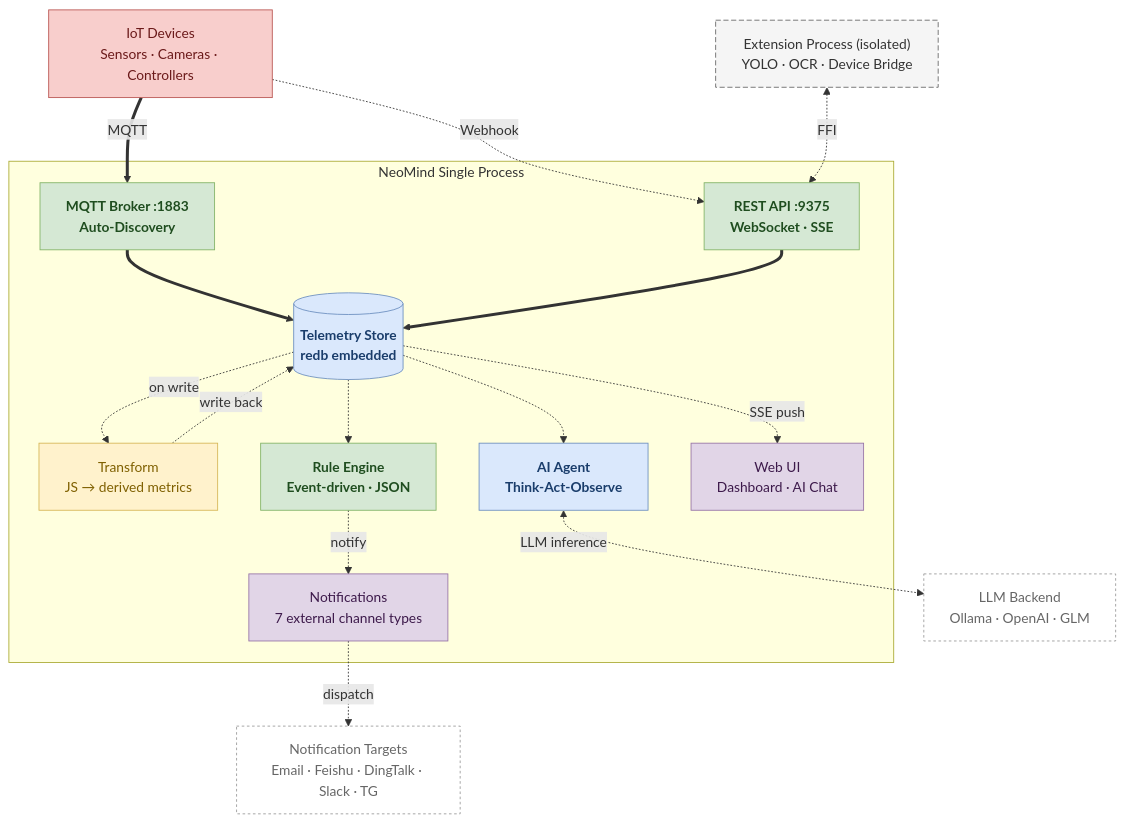
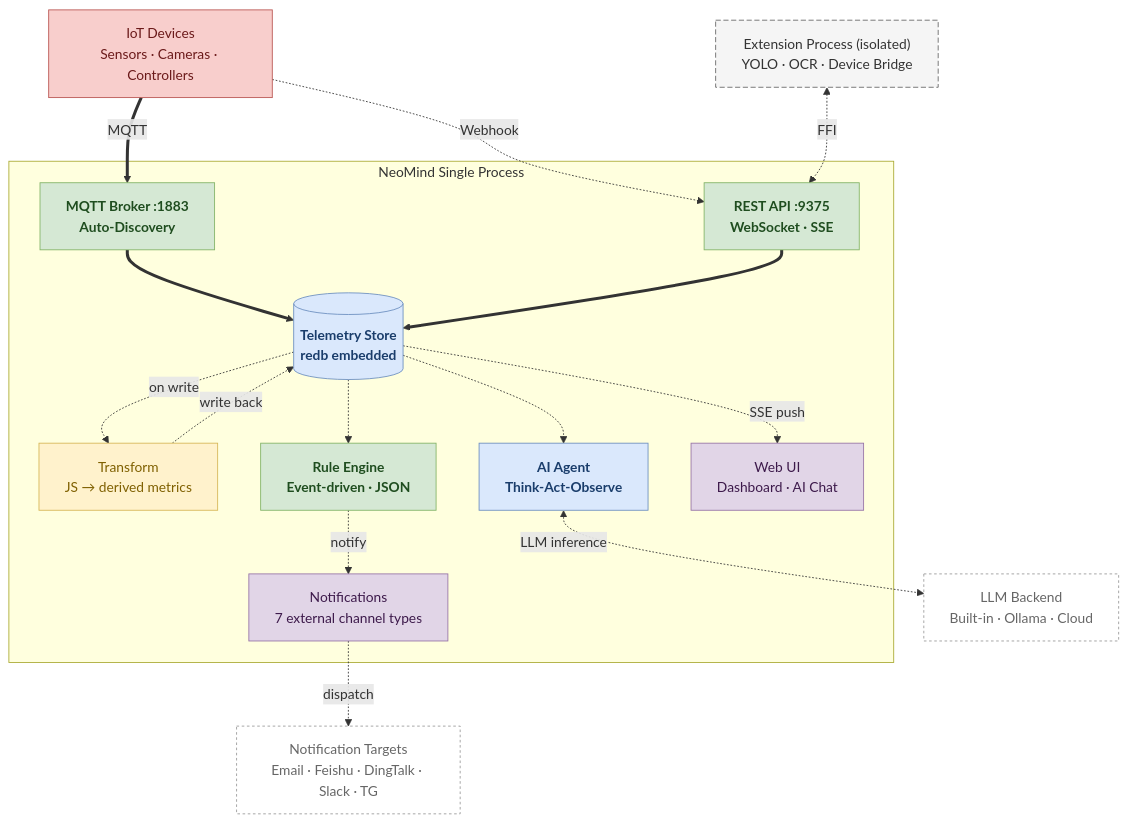
The first of 5 diagrams in i18n/en/docusaurus-plugin-content-docs/current/0-neomind/concepts/2-core-concepts.md (camthink-ai/wiki-documents), drawn with Mermaid before and after one commit. The commit also changed other lines of this file and 89 other files, not shown here.

````diff
--- a/i18n/en/docusaurus-plugin-content-docs/current/0-neomind/concepts/2-core-concepts.md
+++ b/i18n/en/docusaurus-plugin-content-docs/current/0-neomind/concepts/2-core-concepts.md
@@ -22,42 +22,42 @@
 ```mermaid
 flowchart TB
     subgraph neo["NeoMind Single Process"]
         MQTT["MQTT Broker :1883<br/>Auto-Discovery"]:::core
         API["REST API :9375<br/>WebSocket · SSE"]:::core
         STORE[("Telemetry Store<br/>redb embedded")]:::store
         TRANSFORM["Transform<br/>JS → derived metrics"]:::pipeline
         RULE["Rule Engine<br/>Event-driven · JSON"]:::core
         AGENT["AI Agent<br/>Think-Act-Observe"]:::ai
         WEBUI["Web UI<br/>Dashboard · AI Chat"]:::consumer
         MSG["Notifications<br/>7 external channel types"]:::consumer
 
         MQTT ==> STORE
         API ==> STORE
         STORE -.->|"on write"| TRANSFORM
         TRANSFORM -.->|"write back"| STORE
         STORE -.-> RULE
         STORE -.-> AGENT
         RULE -.->|"notify"| MSG
         STORE -.->|"SSE push"| WEBUI
     end
 
     DEV["IoT Devices<br/>Sensors · Cameras · Controllers"]:::device
-    LLM["LLM Backend<br/>Ollama · OpenAI · GLM"]:::external
+    LLM["LLM Backend<br/>Built-in · Ollama · Cloud"]:::external
     EXT["Extension Process (isolated)<br/>YOLO · OCR · Device Bridge"]:::extension
     TARGET["Notification Targets<br/>Email · Feishu · DingTalk · Slack · TG"]:::external
 
     DEV ==>|"MQTT"| MQTT
     DEV -.->|"Webhook"| API
     AGENT <-.->|"LLM inference"| LLM
     EXT <-.->|"FFI"| API
     MSG -.->|"dispatch"| TARGET
 
     classDef core fill:#d5e8d4,stroke:#82b366,color:#1f4d1f,font-weight:bold
     classDef store fill:#dae8fc,stroke:#6c8ebf,color:#1a3d6b,font-weight:bold
     classDef device fill:#f8cecc,stroke:#b85450,color:#6b1a1a
     classDef pipeline fill:#fff2cc,stroke:#d6b656,color:#7f6000
     classDef extension fill:#f5f5f5,stroke:#666,stroke-dasharray:6 3,color:#333
     classDef consumer fill:#e1d5e7,stroke:#9673a6,color:#3d1a4b
     classDef ai fill:#dae8fc,stroke:#6c8ebf,color:#1a3d6b,font-weight:bold
     classDef external fill:#fff,stroke:#999,stroke-dasharray:3 3,color:#666
 ```
````
